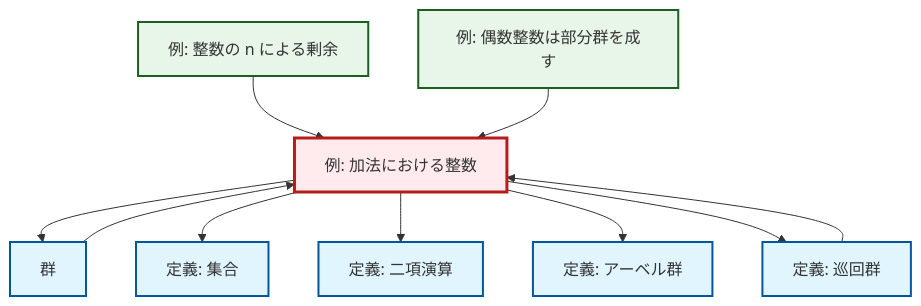
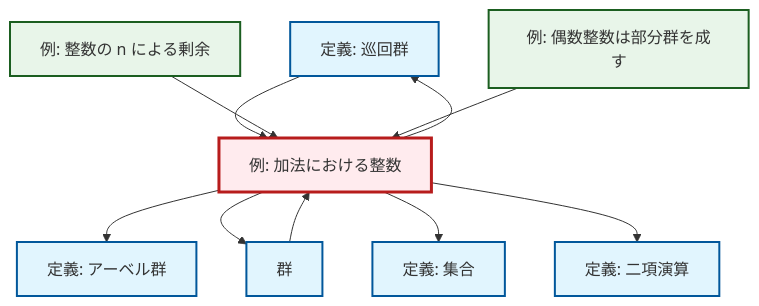
Before and after one commit to RK0429/ModernMath: the diagram in content/ja/algebra/ex-integers-addition.qmd, drawn with Mermaid. The commit also changed 672 other files, not shown here.

````diff
--- a/content/ja/algebra/ex-integers-addition.qmd
+++ b/content/ja/algebra/ex-integers-addition.qmd
@@ -74,34 +74,34 @@
 ```{mermaid}
-%%| fig-cap: "Local dependency graph"
+%%| fig-cap: "ローカル依存関係グラフ"
 graph TD
     classDef definition fill:#e1f5fe,stroke:#01579b,stroke-width:2px
     classDef theorem fill:#f3e5f5,stroke:#4a148c,stroke-width:2px
     classDef axiom fill:#fff3e0,stroke:#e65100,stroke-width:2px
     classDef example fill:#e8f5e9,stroke:#1b5e20,stroke-width:2px
     classDef current fill:#ffebee,stroke:#b71c1c,stroke-width:3px
+    def-set["定義: 集合"]:::definition
+    def-cyclic-group["定義: 巡回群"]:::definition
     def-binary-operation["定義: 二項演算"]:::definition
+    ex-integers-addition["例: 加法における整数"]:::example
     ex-quotient-integers-mod-n["例: 整数の n による剰余"]:::example
-    def-cyclic-group["定義: 巡回群"]:::definition
-    def-set["定義: 集合"]:::definition
-    def-abelian-group["定義: アーベル群"]:::definition
-    ex-integers-addition["例: 加法における整数"]:::example
     def-group["群"]:::definition
     ex-even-integers-subgroup["例: 偶数整数は部分群を成す"]:::example
+    def-abelian-group["定義: アーベル群"]:::definition
+    ex-integers-addition --> def-abelian-group
     ex-integers-addition --> def-group
+    def-cyclic-group --> ex-integers-addition
+    ex-quotient-integers-mod-n --> ex-integers-addition
+    ex-even-integers-subgroup --> ex-integers-addition
+    ex-integers-addition --> def-cyclic-group
+    def-group --> ex-integers-addition
     ex-integers-addition --> def-set
     ex-integers-addition --> def-binary-operation
-    ex-integers-addition --> def-abelian-group
-    ex-quotient-integers-mod-n --> ex-integers-addition
-    def-group --> ex-integers-addition
-    def-cyclic-group --> ex-integers-addition
-    ex-integers-addition --> def-cyclic-group
-    ex-even-integers-subgroup --> ex-integers-addition
     class ex-integers-addition current
+    click def-set "def-set.html" "集合の定義へ"
+    click def-cyclic-group "def-cyclic-group.html" "巡回群の定義へ"
     click def-binary-operation "def-binary-operation.html" "二項演算の定義へ"
     click ex-quotient-integers-mod-n "ex-quotient-integers-mod-n.html" "整数の n による剰余の例へ"
-    click def-cyclic-group "def-cyclic-group.html" "巡回群の定義へ"
-    click def-set "def-set.html" "集合の定義へ"
-    click def-abelian-group "def-abelian-group.html" "アーベル群の定義へ"
     click def-group "def-group.html" "群へ"
     click ex-even-integers-subgroup "ex-even-integers-subgroup.html" "偶数整数は部分群を成すの例へ"
+    click def-abelian-group "def-abelian-group.html" "アーベル群の定義へ"
 ```
````
